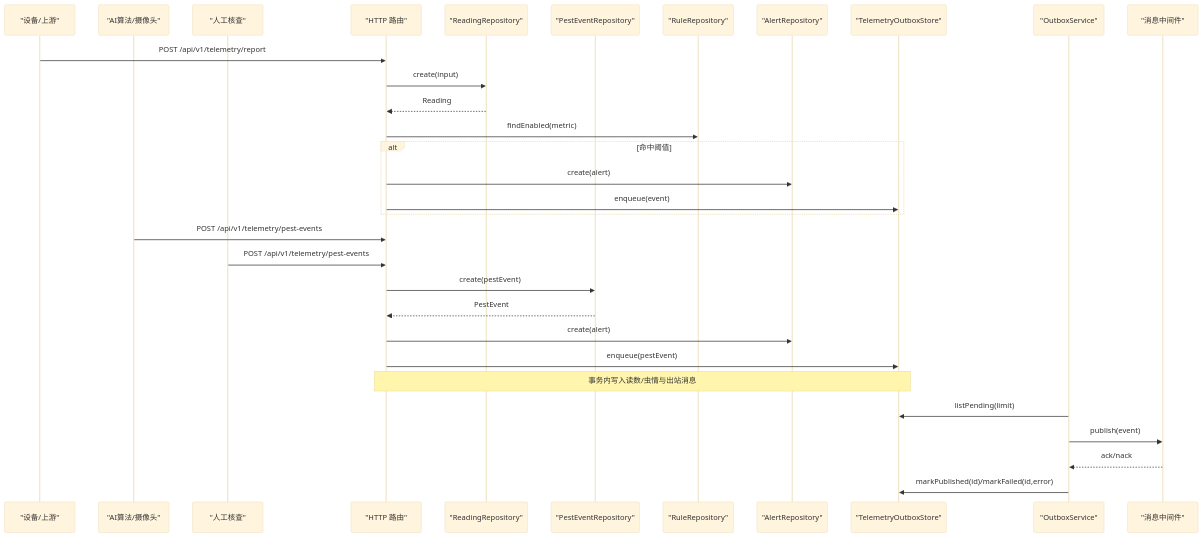
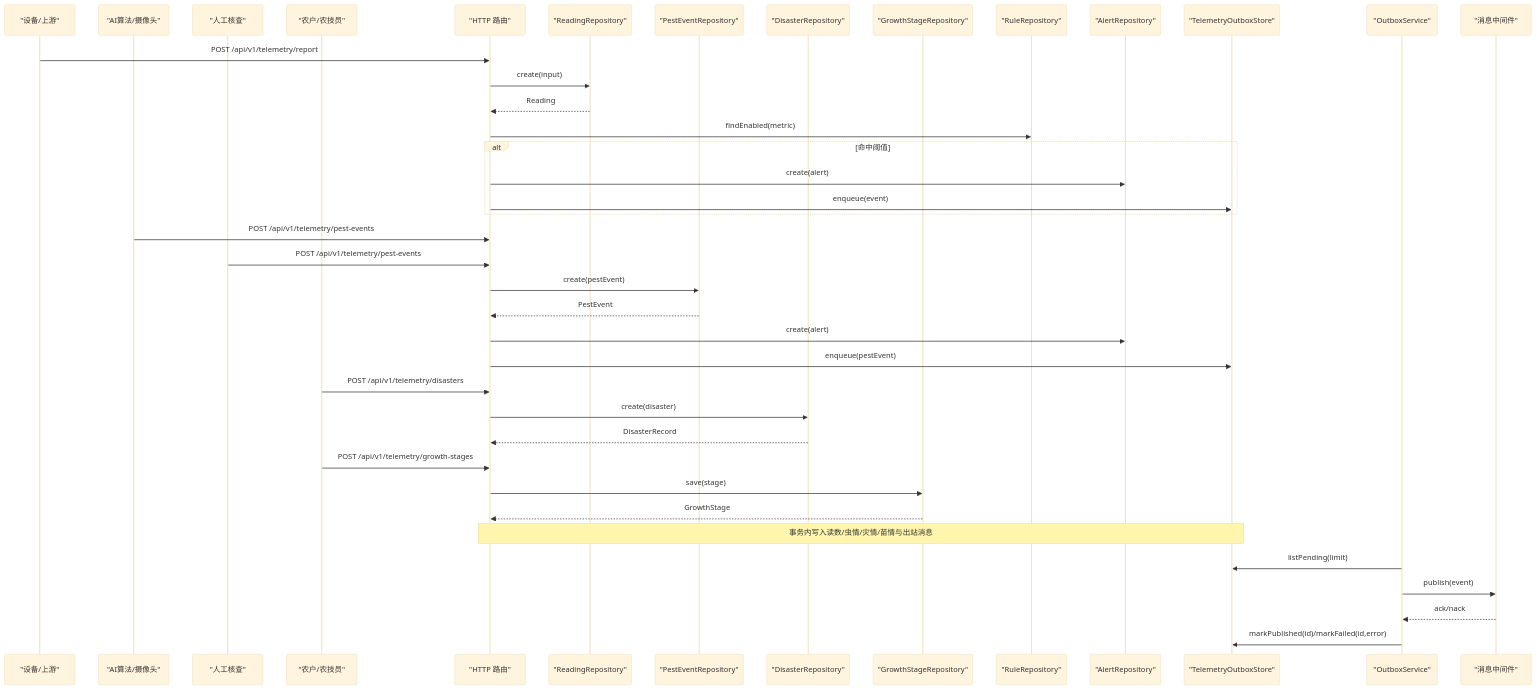
One commit to q446328246/agri-platform changed the second of 13 diagrams in .qoder/repowiki/zh/content/核心服务文档/遥测数据服务.md. Above: the diagram before and after it, drawn with Mermaid (base theme). The commit also changed other lines of this file and 52 other files, not shown here.

````diff
--- a/.qoder/repowiki/zh/content/核心服务文档/遥测数据服务.md
+++ b/.qoder/repowiki/zh/content/核心服务文档/遥测数据服务.md
@@ -112,33 +148,42 @@
 ```mermaid
 sequenceDiagram
 participant Device as "设备/上游"
 participant AI as "AI算法/摄像头"
 participant Manual as "人工核查"
+participant Farmer as "农户/农技员"
 participant HTTP as "HTTP 路由"
 participant Repo as "ReadingRepository"
 participant PestRepo as "PestEventRepository"
+participant DisasterRepo as "DisasterRepository"
+participant GrowthRepo as "GrowthStageRepository"
 participant RuleRepo as "RuleRepository"
 participant AlertRepo as "AlertRepository"
 participant Outbox as "TelemetryOutboxStore"
 participant Relay as "OutboxService"
 participant MQ as "消息中间件"
 Device->>HTTP : POST /api/v1/telemetry/report
 HTTP->>Repo : create(input)
 Repo-->>HTTP : Reading
 HTTP->>RuleRepo : findEnabled(metric)
 alt 命中阈值
 HTTP->>AlertRepo : create(alert)
 HTTP->>Outbox : enqueue(event)
 end
 AI->>HTTP : POST /api/v1/telemetry/pest-events
 Manual->>HTTP : POST /api/v1/telemetry/pest-events
 HTTP->>PestRepo : create(pestEvent)
 PestRepo-->>HTTP : PestEvent
 HTTP->>AlertRepo : create(alert)
 HTTP->>Outbox : enqueue(pestEvent)
-Note over HTTP,Outbox : 事务内写入读数/虫情与出站消息
+Farmer->>HTTP : POST /api/v1/telemetry/disasters
+HTTP->>DisasterRepo : create(disaster)
+DisasterRepo-->>HTTP : DisasterRecord
+Farmer->>HTTP : POST /api/v1/telemetry/growth-stages
+HTTP->>GrowthRepo : save(stage)
+GrowthRepo-->>HTTP : GrowthStage
+Note over HTTP,Outbox : 事务内写入读数/虫情/灾情/苗情与出站消息
 Relay->>Outbox : listPending(limit)
 Relay->>MQ : publish(event)
 MQ-->>Relay : ack/nack
 Relay->>Outbox : markPublished(id)/markFailed(id,error)
 ```
````
